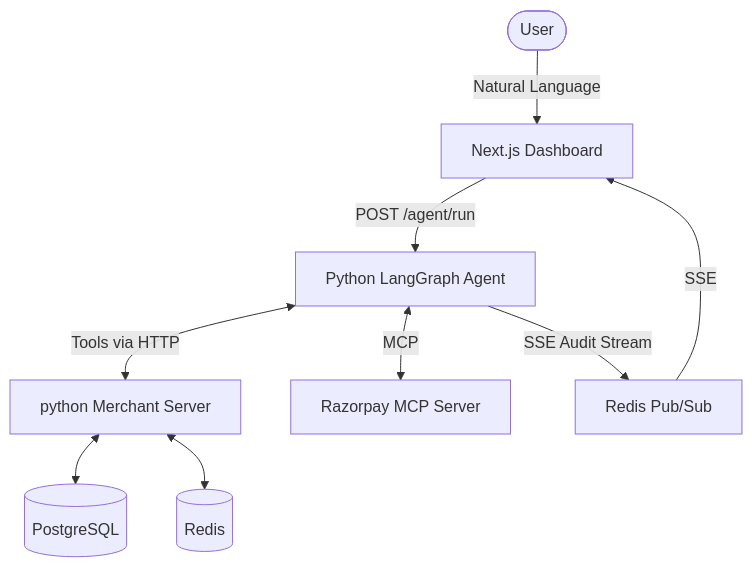
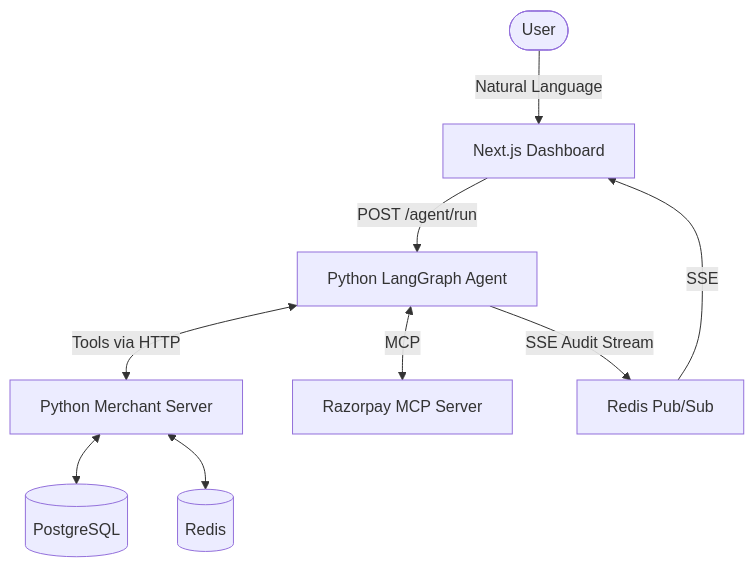
The diagram in README.md (DurgeshRajput11/PayAgent), drawn with Mermaid before and after one commit. The commit also changed other lines of this file, not shown here.

````diff
--- a/README.md
+++ b/README.md
@@ -16,11 +16,11 @@
 ```mermaid
 graph TD
     User([User]) -->|Natural Language| Dashboard[Next.js Dashboard]
     Dashboard -->|POST /agent/run| Agent[Python LangGraph Agent]
-    Agent <-->|Tools via HTTP| Merchant[python Merchant Server]
+    Agent <-->|Tools via HTTP| Merchant[Python Merchant Server]
     Agent <-->|MCP| Razorpay[Razorpay MCP Server]
     Merchant <--> DB[(PostgreSQL)]
     Merchant <--> Cache[(Redis)]
     Agent -->|SSE Audit Stream| Redis[Redis Pub/Sub]
     Redis -->|SSE| Dashboard
 ```
````
